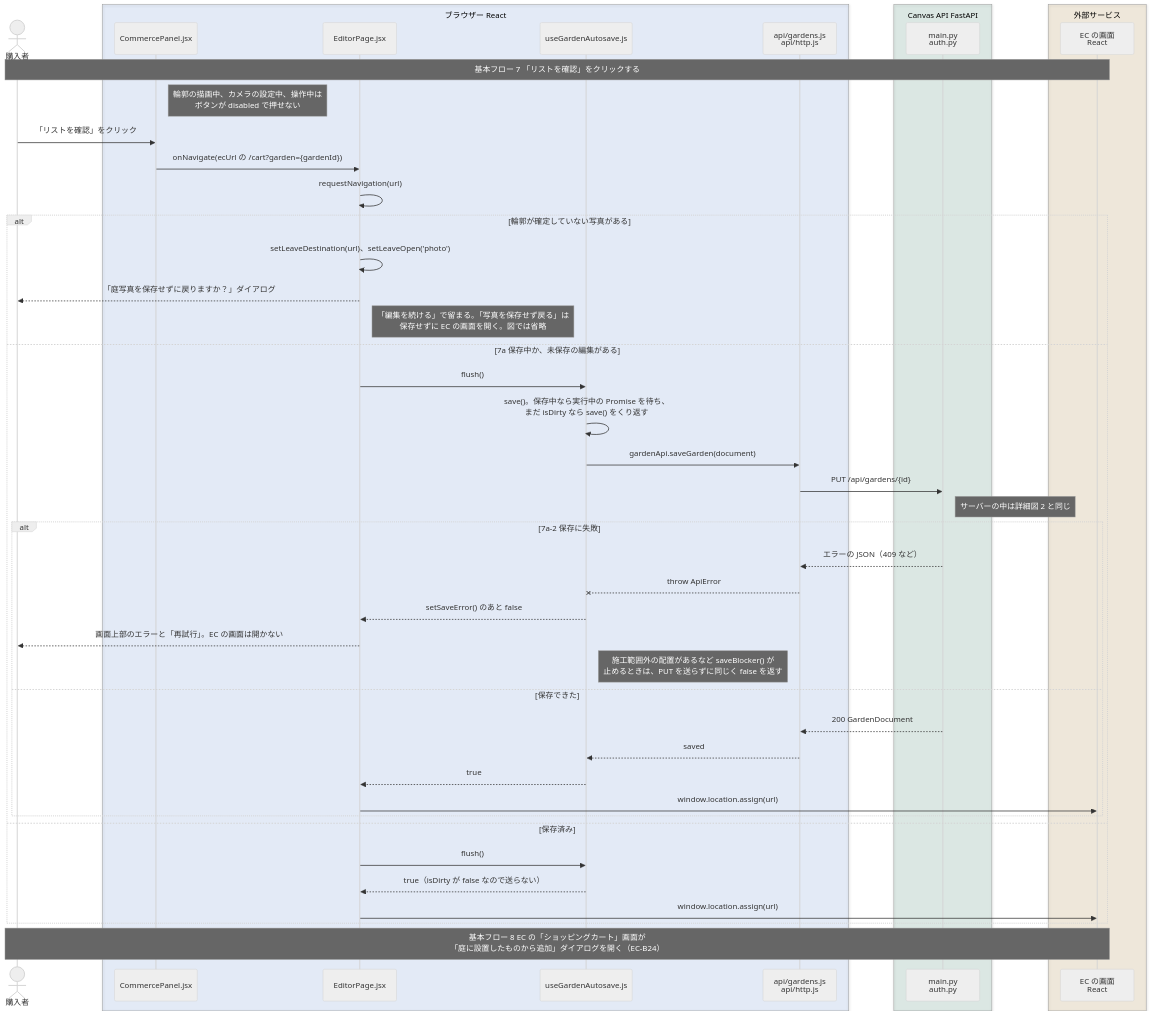
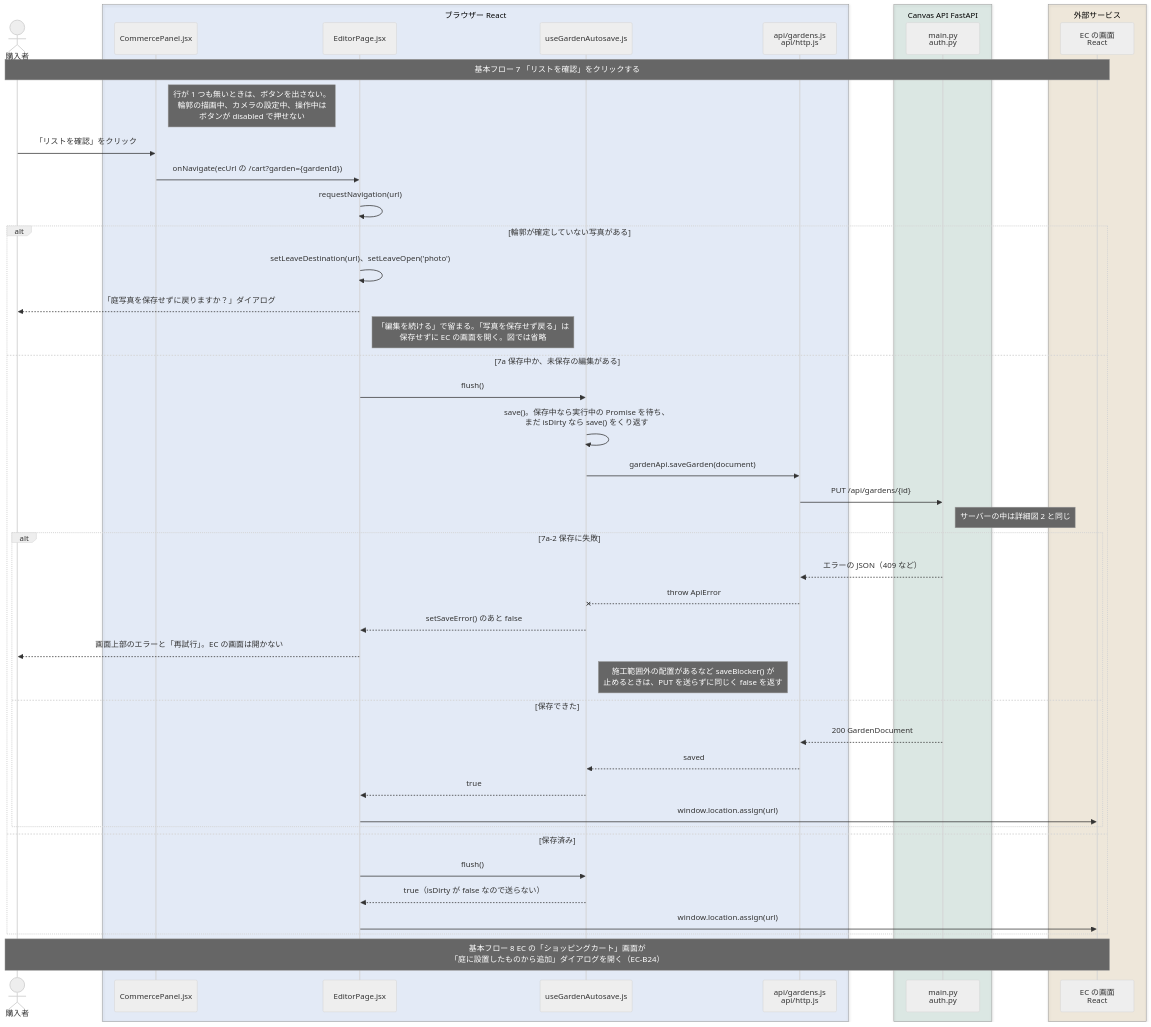
One commit to abeouga/kusakari-document changed the fourth of 4 diagrams in シーケンス図/kusakari-canvas/UC-09_買い物リストを表示する.md. Above: the diagram before and after it, drawn with Mermaid (neutral theme). The commit also changed other lines of this file and 7 other files, not shown here.

First line of the commit message:
Canvas の図を kusakari-canvas の main（046c5fa）の画面の文言と買い物リストの表示に合わせる (#10)

````diff
--- a/シーケンス図/kusakari-canvas/UC-09_買い物リストを表示する.md
+++ b/シーケンス図/kusakari-canvas/UC-09_買い物リストを表示する.md
@@ -287,51 +294,51 @@
 ```mermaid
 sequenceDiagram
     actor User as 購入者
     box rgba(47,111,219,0.10) ブラウザー React
         participant Panel as CommercePanel.jsx
         participant Editor as EditorPage.jsx
         participant Save as useGardenAutosave.js
         participant Http as api/gardens.js<br/>api/http.js
     end
     box rgba(27,127,92,0.12) Canvas API FastAPI
         participant Main as main.py<br/>auth.py
     end
     box rgba(180,120,20,0.12) 外部サービス
         participant EcWeb as EC の画面<br/>React
     end
 
     Note over User,EcWeb: 基本フロー 7 「リストを確認」をクリックする
-    Note right of Panel: 輪郭の描画中、カメラの設定中、操作中は<br/>ボタンが disabled で押せない
+    Note right of Panel: 行が 1 つも無いときは、ボタンを出さない。<br/>輪郭の描画中、カメラの設定中、操作中は<br/>ボタンが disabled で押せない
     User->>Panel: 「リストを確認」をクリック
     Panel->>Editor: onNavigate(ecUrl の /cart?garden={gardenId})
     Editor->>Editor: requestNavigation(url)
     alt 輪郭が確定していない写真がある
         Editor->>Editor: setLeaveDestination(url)、setLeaveOpen('photo')
         Editor-->>User: 「庭写真を保存せずに戻りますか？」ダイアログ
         Note right of Editor: 「編集を続ける」で留まる。「写真を保存せず戻る」は<br/>保存せずに EC の画面を開く。図では省略
     else 7a 保存中か、未保存の編集がある
         Editor->>Save: flush()
         Save->>Save: save()。保存中なら実行中の Promise を待ち、<br/>まだ isDirty なら save() をくり返す
         Save->>Http: gardenApi.saveGarden(document)
         Http->>Main: PUT /api/gardens/{id}
         Note right of Main: サーバーの中は詳細図 2 と同じ
         alt 7a-2 保存に失敗
             Main-->>Http: エラーの JSON（409 など）
             Http--xSave: throw ApiError
             Save-->>Editor: setSaveError() のあと false
             Editor-->>User: 画面上部のエラーと「再試行」。EC の画面は開かない
             Note right of Save: 施工範囲外の配置があるなど saveBlocker() が<br/>止めるときは、PUT を送らずに同じく false を返す
         else 保存できた
             Main-->>Http: 200 GardenDocument
             Http-->>Save: saved
             Save-->>Editor: true
             Editor->>EcWeb: window.location.assign(url)
         end
     else 保存済み
         Editor->>Save: flush()
         Save-->>Editor: true（isDirty が false なので送らない）
         Editor->>EcWeb: window.location.assign(url)
     end
 
     Note over User,EcWeb: 基本フロー 8 EC の「ショッピングカート」画面が<br/>「庭に設置したものから追加」ダイアログを開く（EC-B24）
 ```
````
